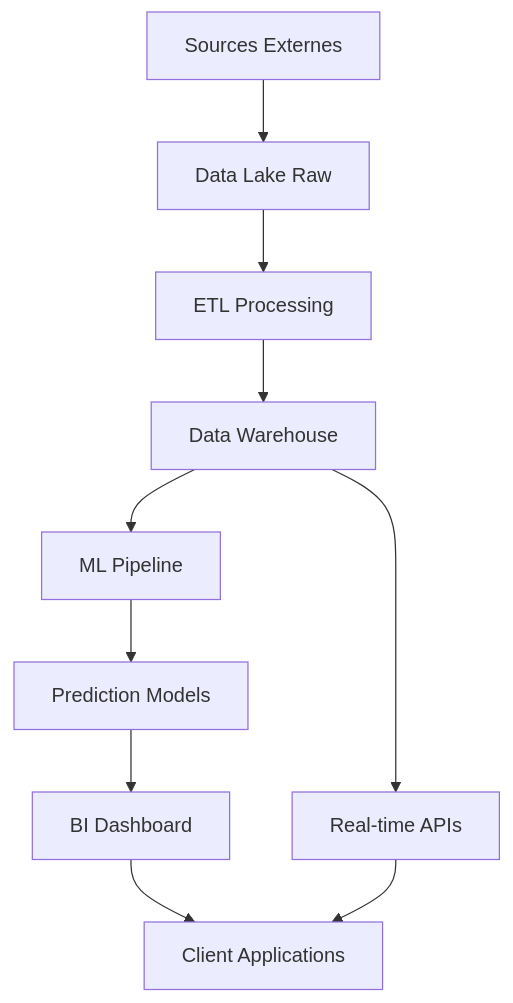
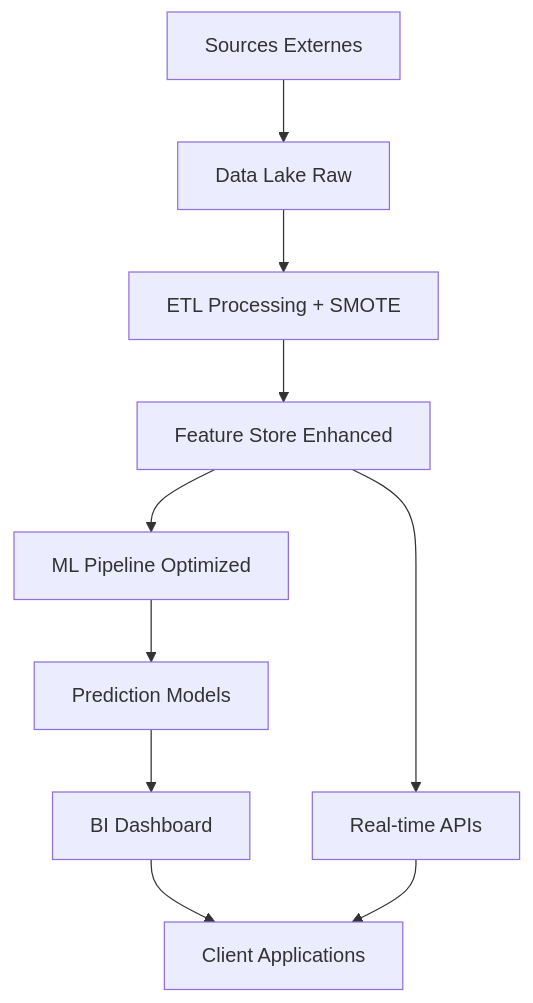
One commit to Coulibaly00180/mspr-data changed the first of 2 diagrams in mspr.md. Above: the diagram before and after it, drawn with Mermaid. The commit also changed other lines of this file and 17 other files, not shown here.

First line of the commit message:
fix: implement SMOTE class balancing and enhanced ML pipeline

````diff
--- a/mspr.md
+++ b/mspr.md
@@ -84,12 +85,12 @@
 ```mermaid
 graph TD
     A[Sources Externes] --> B[Data Lake Raw]
-    B --> C[ETL Processing]
-    C --> D[Data Warehouse]
-    D --> E[ML Pipeline]
+    B --> C[ETL Processing + SMOTE]
+    C --> D[Feature Store Enhanced]
+    D --> E[ML Pipeline Optimized]
     E --> F[Prediction Models]
     F --> G[BI Dashboard]
     D --> H[Real-time APIs]
     G --> I[Client Applications]
     H --> I
 ```
````
